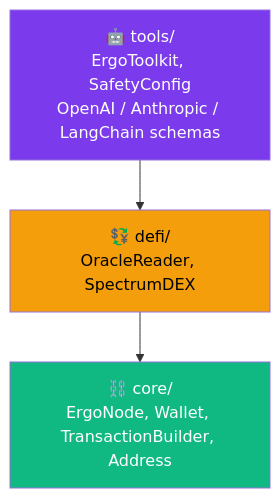
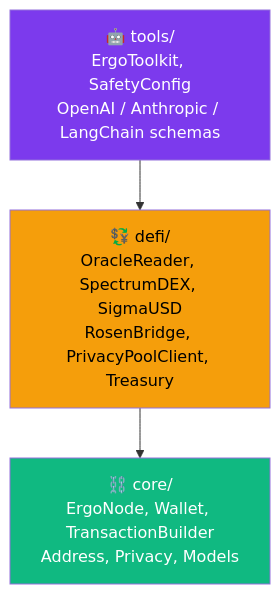
The first of 4 diagrams in docs/architecture.md (a-shannon/ergo-agent-sdk), drawn with Mermaid before and after one commit. The commit also changed other lines of this file and 47 other files, not shown here.

````diff
--- a/docs/architecture.md
+++ b/docs/architecture.md
@@ -7,10 +7,10 @@
 ```mermaid
 graph TB
     A["🤖 tools/<br/>ErgoToolkit, SafetyConfig<br/>OpenAI / Anthropic / LangChain schemas"] --> B
-    B["💱 defi/<br/>OracleReader, SpectrumDEX"] --> C
-    C["⛓️ core/<br/>ErgoNode, Wallet, TransactionBuilder, Address"]
+    B["💱 defi/<br/>OracleReader, SpectrumDEX, SigmaUSD<br/>RosenBridge, PrivacyPoolClient, Treasury"] --> C
+    C["⛓️ core/<br/>ErgoNode, Wallet, TransactionBuilder<br/>Address, Privacy, Models"]
     
     style A fill:#7c3aed,color:#fff
     style B fill:#f59e0b,color:#000
     style C fill:#10b981,color:#fff
 ```
````
